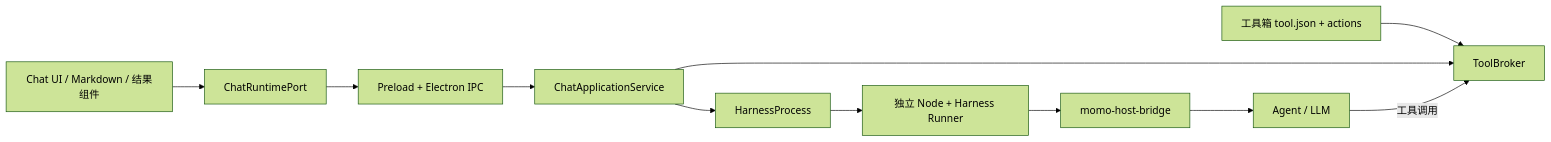
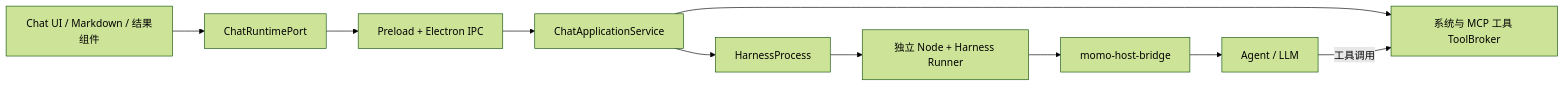
One commit to zhangxinggang/momo-ai changed the first of 2 diagrams in docs/architecture/ai-chat-harness-integration-design.md. Above: the diagram before and after it, drawn with Mermaid (forest theme). The commit also changed other lines of this file and 163 other files, not shown here.

````diff
--- a/docs/architecture/ai-chat-harness-integration-design.md
+++ b/docs/architecture/ai-chat-harness-integration-design.md
@@ -20,13 +20,13 @@
 ```mermaid
 flowchart LR
   UI[Chat UI / Markdown / 结果组件] --> Port[ChatRuntimePort]
   Port --> IPC[Preload + Electron IPC]
   IPC --> Service[ChatApplicationService]
-  Toolbox[工具箱 tool.json + actions] --> Broker[ToolBroker]
+  Broker[系统与 MCP 工具 ToolBroker]
   Service --> Broker
   Service --> Adapter[HarnessProcess]
   Adapter --> Runner[独立 Node + Harness Runner]
   Runner --> Bridge[momo-host-bridge]
   Bridge --> Agent[Agent / LLM]
   Agent -->|工具调用| Broker
 ```
````
